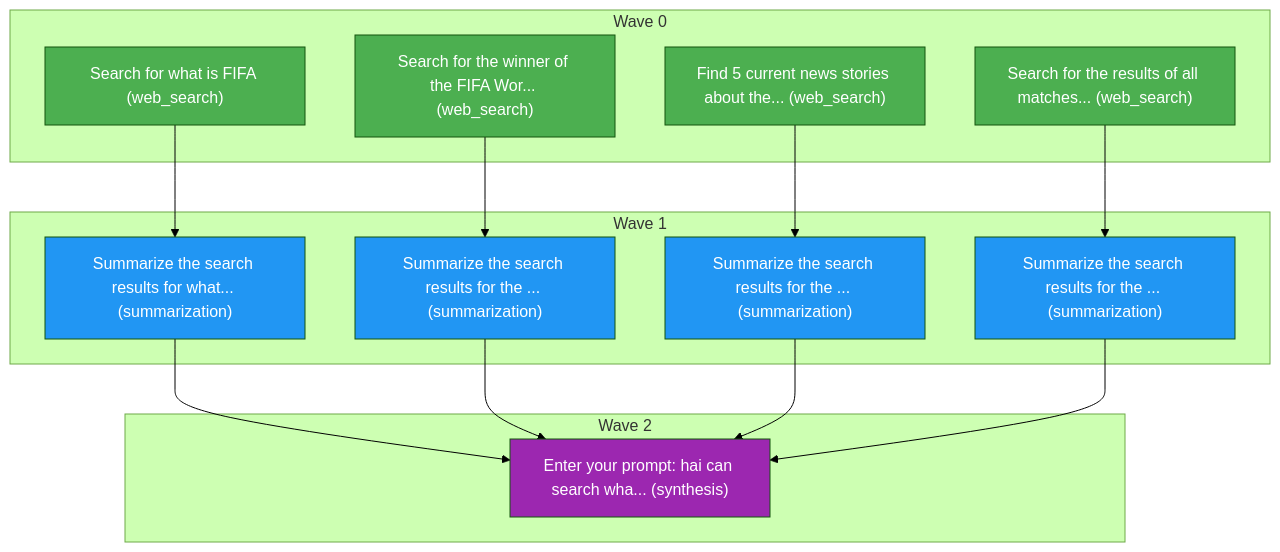
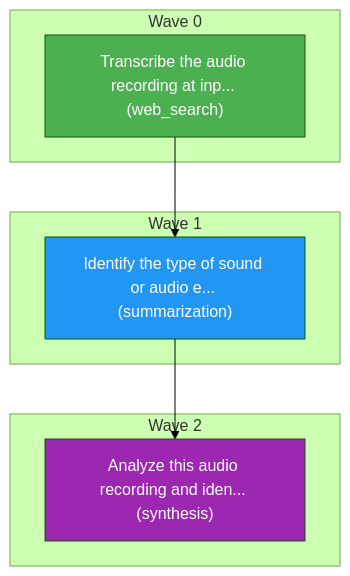
One commit to irrfannazir/VOS_agent_manager changed the diagram in outputs/plan.md. Above: the diagram before and after it, drawn with Mermaid (forest theme). The commit also changed other lines of this file and 41 other files, not shown here.

````diff
--- a/outputs/plan.md
+++ b/outputs/plan.md
@@ -66,40 +30,22 @@
 ```mermaid
 flowchart TD
     subgraph Wave 0
-        a["Search for what is FIFA (web_search)"]
-        b["Search for the winner of the FIFA Wor... (web_search)"]
-        c["Find 5 current news stories about the... (web_search)"]
-        d["Search for the results of all matches... (web_search)"]
+        a["Transcribe the audio recording at inp... (web_search)"]
     end
     subgraph Wave 1
-        e["Summarize the search results for what... (summarization)"]
-        f["Summarize the search results for the ... (summarization)"]
-        g["Summarize the search results for the ... (summarization)"]
-        h["Summarize the search results for the ... (summarization)"]
+        b["Identify the type of sound or audio e... (summarization)"]
     end
     subgraph Wave 2
-        final["Enter your prompt: hai can search wha... (synthesis)"]
+        final["Analyze this audio recording and iden... (synthesis)"]
     end
-    a --> e
-    b --> f
-    c --> g
-    d --> h
-    e --> final
-    f --> final
-    g --> final
-    h --> final
+    a --> b
+    b --> final
 
     classDef web_searchStyle fill:#4CAF50,color:#fff
     classDef summarizationStyle fill:#2196F3,color:#fff
     classDef visionStyle fill:#FF9800,color:#fff
     classDef synthesisStyle fill:#9C27B0,color:#fff
     class a web_searchStyle
-    class b web_searchStyle
-    class c web_searchStyle
-    class d web_searchStyle
-    class e summarizationStyle
-    class f summarizationStyle
-    class g summarizationStyle
-    class h summarizationStyle
+    class b summarizationStyle
     class final synthesisStyle
 ```
````
